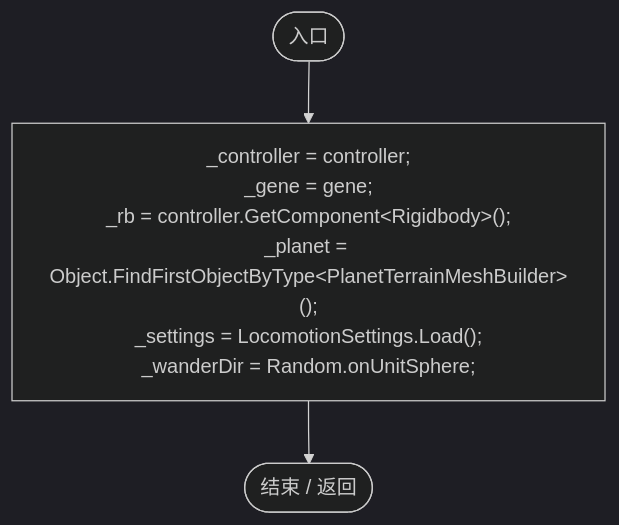
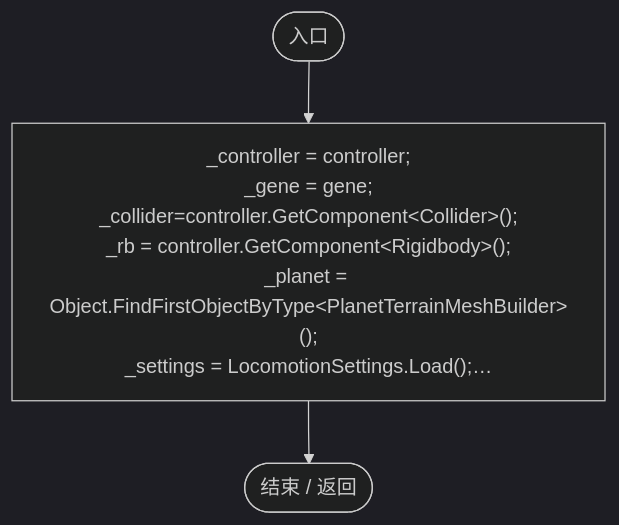
One commit to xhs6666/Darwin_paradise changed the first of 6 diagrams in Docs/运行流程图/脚本/50c563bf540685c7.md. Above: the diagram before and after it, drawn with Mermaid (dark theme). The commit also changed other lines of this file and 150 other files, not shown here.

````diff
--- a/Docs/运行流程图/脚本/50c563bf540685c7.md
+++ b/Docs/运行流程图/脚本/50c563bf540685c7.md
@@ -19,9 +19,9 @@
 ```mermaid
 flowchart TD
   b0(["入口"])
-  b1["_controller = controller;<br/>_gene = gene;<br/>_rb = controller.GetComponent&lt;Rigidbody&gt;();<br/>_planet = Object.FindFirstObjectByType&lt;PlanetTerrainMeshBuilder&gt;();<br/>_settings = LocomotionSettings.Load();<br/>_wanderDir = Random.onUnitSphere;"]
+  b1["_controller = controller;<br/>_gene = gene;<br/>_collider=controller.GetComponent&lt;Collider&gt;();<br/>_rb = controller.GetComponent&lt;Rigidbody&gt;();<br/>_planet = Object.FindFirstObjectByType&lt;PlanetTerrainMeshBuilder&gt;();<br/>_settings = LocomotionSettings.Load();…"]
   b2(["结束 / 返回"])
   b0 --> b1
   b1 --> b2
 
 ```
````
